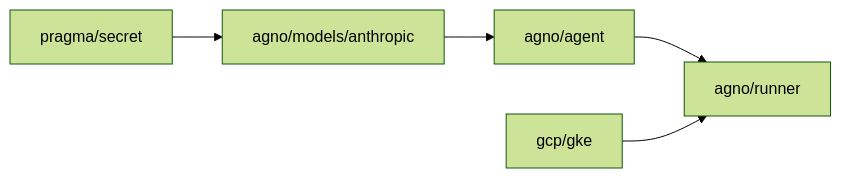
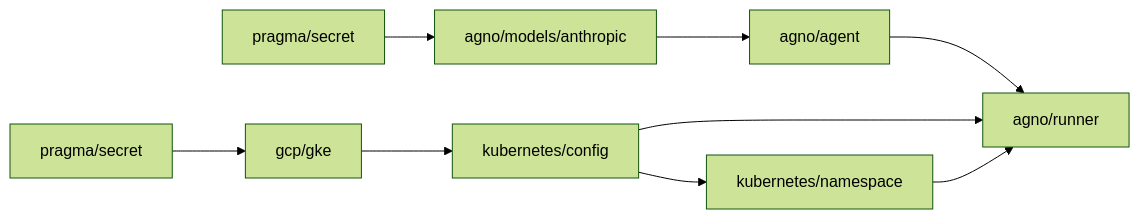
One commit to pragmatiks/pragma-docs changed the diagram in quickstart/amateur.mdx. Above: the diagram before and after it, drawn with Mermaid (forest theme). The commit also changed other lines of this file and 29 other files, not shown here.

````diff
--- a/quickstart/amateur.mdx
+++ b/quickstart/amateur.mdx
@@ -14,7 +14,11 @@
 ```mermaid
 graph LR
     S[pragma/secret] --> M[agno/models/anthropic]
     M --> A[agno/agent]
     A --> R[agno/runner]
-    GKE[gcp/gke] --> R
+    GS[pragma/secret] --> GKE[gcp/gke]
+    GKE --> KC[kubernetes/config]
+    KC --> NS[kubernetes/namespace]
+    KC --> R
+    NS --> R
 ```
````
